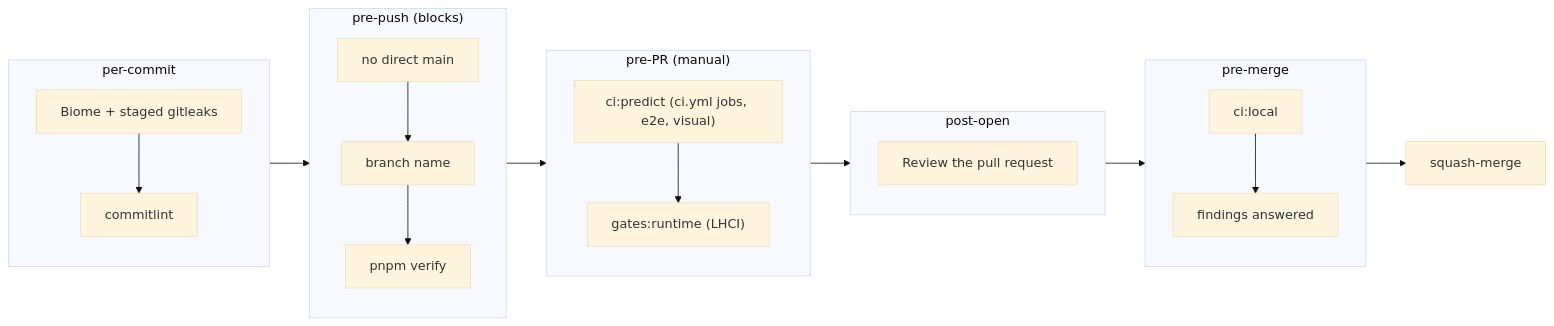
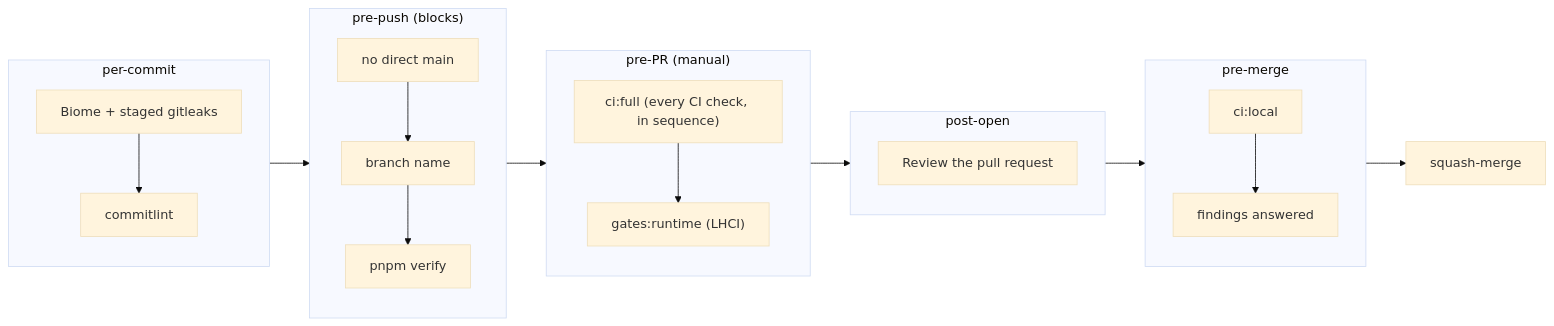
One commit to erikunha/portfolio changed the fourth of 4 diagrams in docs/handbook/development-lifecycle.md. Above: the diagram before and after it, drawn with Mermaid (base theme). The commit also changed other lines of this file and 1454 other files, not shown here.

First line of the commit message:
refactor(architecture): milestones M0 to M14 and native ci:full (#423)

````diff
--- a/docs/handbook/development-lifecycle.md
+++ b/docs/handbook/development-lifecycle.md
@@ -99,19 +111,19 @@
 ```mermaid
 flowchart LR
     subgraph commit["per-commit"]
         g1["Biome + staged gitleaks"] --> g2["commitlint"]
     end
     subgraph prepush["pre-push (blocks)"]
         g3["no direct main"] --> g4["branch name"] --> g7["pnpm verify"]
     end
     subgraph prepr["pre-PR (manual)"]
-        g8["ci:predict (ci.yml jobs, e2e, visual)"] --> g11["gates:runtime (LHCI)"]
+        g8["ci:full (every CI check, in sequence)"] --> g11["gates:runtime (LHCI)"]
     end
     subgraph open["post-open"]
         g13["Review the pull request"]
     end
     subgraph premerge["pre-merge"]
         g15["ci:local"] --> g18["findings answered"]
     end
     commit --> prepush --> prepr --> open --> premerge --> merge["squash-merge"]
 ```
````
